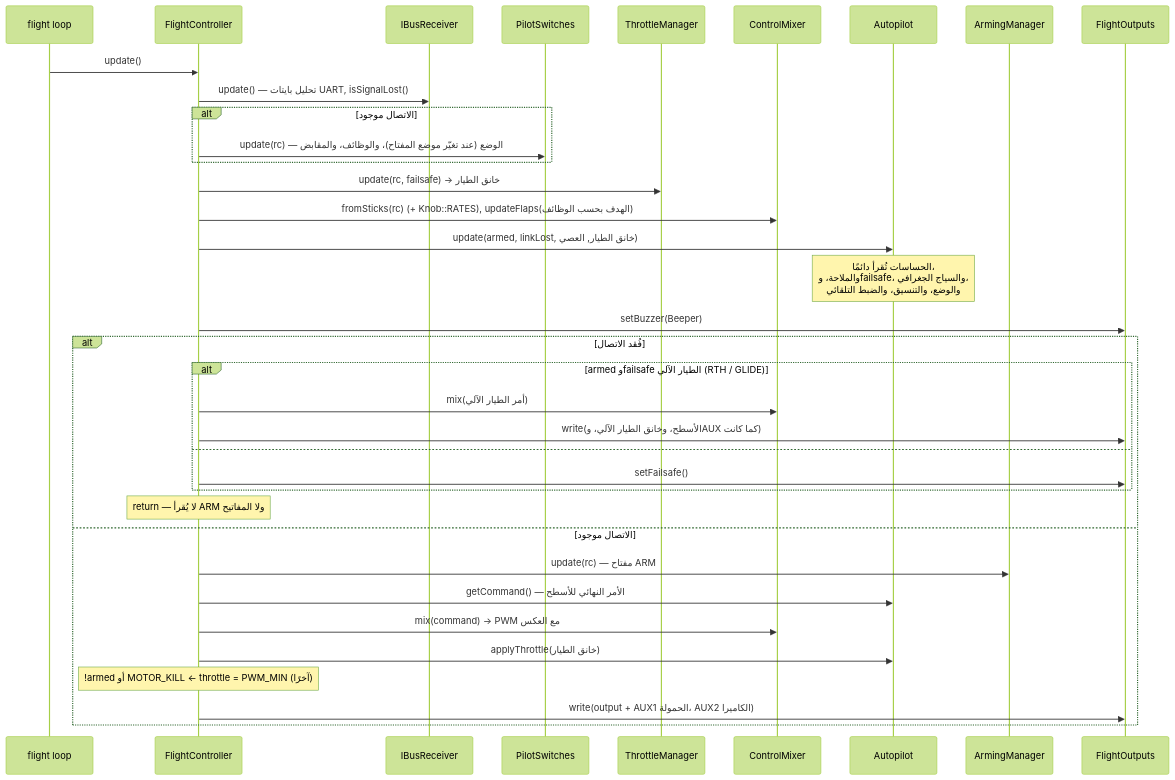
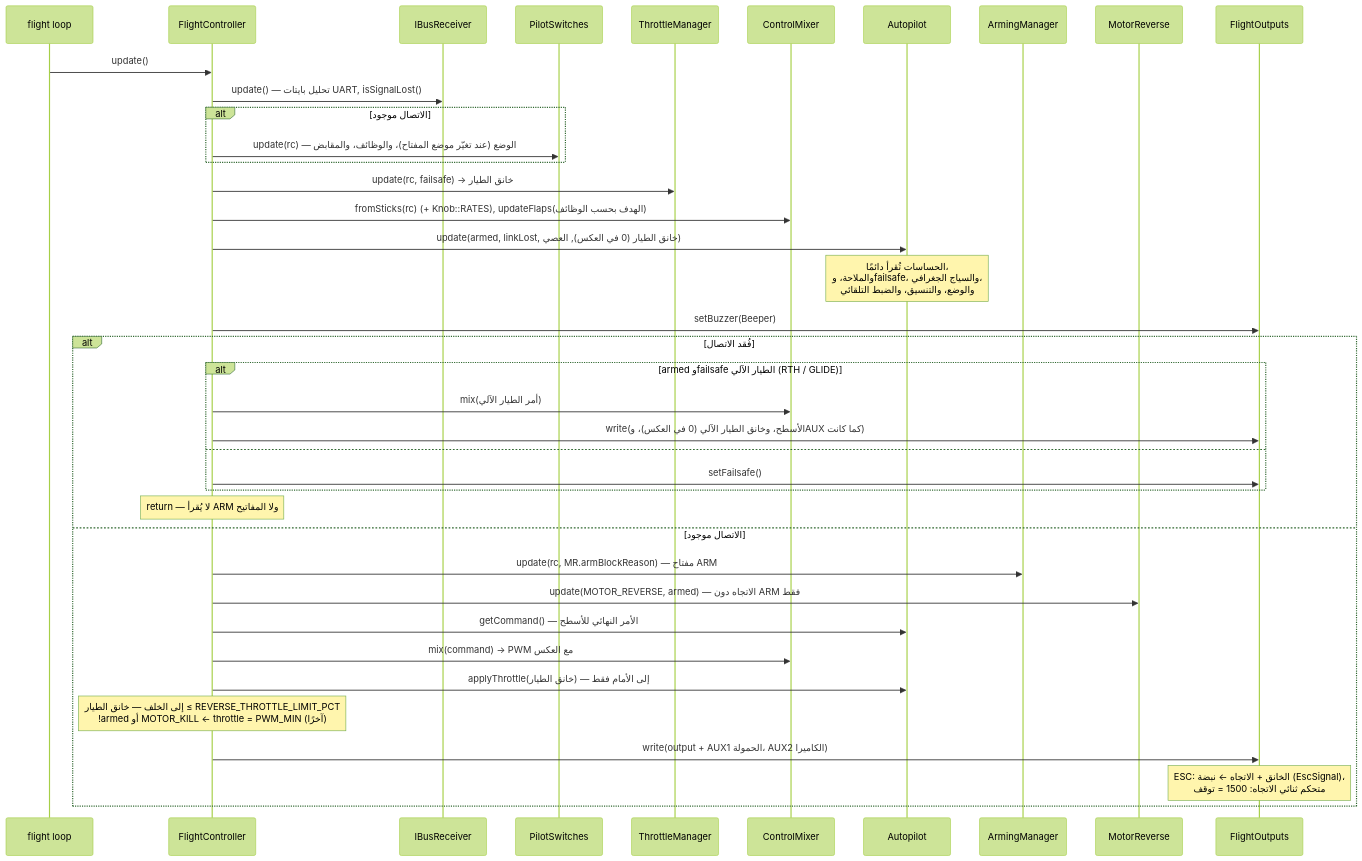
The sixth of 11 diagrams in docs/i18n/ar/ARCHITECTURE.md (damir-lebedev/OpenPlaneProject), drawn with Mermaid (forest theme) before and after one commit. The commit also changed other lines of this file and 166 other files, not shown here.

First line of the commit message:
Make the bidirectional BLHeli 80A ESC the main one, with a disarm-only motor reverse

````diff
--- a/docs/i18n/ar/ARCHITECTURE.md
+++ b/docs/i18n/ar/ARCHITECTURE.md
@@ -383,39 +383,42 @@
 ```mermaid
 sequenceDiagram
     participant L as flight loop
     participant FC as FlightController
     participant RX as IBusReceiver
     participant SW as PilotSwitches
     participant TM as ThrottleManager
     participant MX as ControlMixer
     participant AP as Autopilot
     participant AM as ArmingManager
+    participant MR as MotorReverse
     participant OUT as FlightOutputs
 
     L->>FC: update()
     FC->>RX: update() — تحليل بايتات UART, isSignalLost()
     alt الاتصال موجود
         FC->>SW: update(rc) — الوضع (عند تغيّر موضع المفتاح)، والوظائف، والمقابض
     end
     FC->>TM: update(rc, failsafe) → خانق الطيار
     FC->>MX: fromSticks(rc) (+ Knob::RATES), updateFlaps(الهدف بحسب الوظائف)
-    FC->>AP: update(armed, linkLost, خانق الطيار, العصي)
+    FC->>AP: update(armed, linkLost, خانق الطيار (0 في العكس), العصي)
     Note over AP: الحساسات تُقرأ دائمًا،<br/>والملاحة، وfailsafe، والسياج الجغرافي،<br/>والوضع، والتنسيق، والضبط التلقائي
     FC->>OUT: setBuzzer(Beeper)
     alt فُقد الاتصال
         alt armed وfailsafe الطيار الآلي (RTH / GLIDE)
             FC->>MX: mix(أمر الطيار الآلي)
-            FC->>OUT: write(الأسطح، وخانق الطيار الآلي، وAUX كما كانت)
+            FC->>OUT: write(الأسطح، وخانق الطيار الآلي (0 في العكس)، وAUX كما كانت)
         else
             FC->>OUT: setFailsafe()
         end
         Note over FC: return — لا يُقرأ ARM ولا المفاتيح
     else الاتصال موجود
-        FC->>AM: update(rc) — مفتاح ARM
+        FC->>AM: update(rc, MR.armBlockReason) — مفتاح ARM
+        FC->>MR: update(MOTOR_REVERSE, armed) — الاتجاه دون ARM فقط
         FC->>AP: getCommand() — الأمر النهائي للأسطح
         FC->>MX: mix(command) → PWM مع العكس
-        FC->>AP: applyThrottle(خانق الطيار)
-        Note over FC: !armed أو MOTOR_KILL ← throttle = PWM_MIN (آخرًا)
+        FC->>AP: applyThrottle(خانق الطيار) — إلى الأمام فقط
+        Note over FC: إلى الخلف — خانق الطيار ≤ REVERSE_THROTTLE_LIMIT_PCT<br/>!armed أو MOTOR_KILL ← throttle = PWM_MIN (آخرًا)
         FC->>OUT: write(output + AUX1 الحمولة، AUX2 الكاميرا)
+        Note over OUT: ESC: الخانق + الاتجاه ← نبضة (EscSignal)،<br/>متحكم ثنائي الاتجاه: 1500 = توقف
     end
 ```
````
